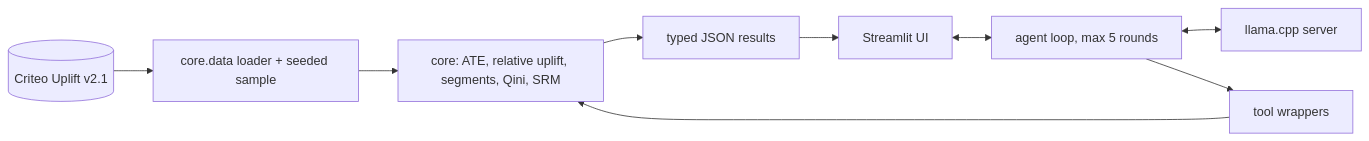
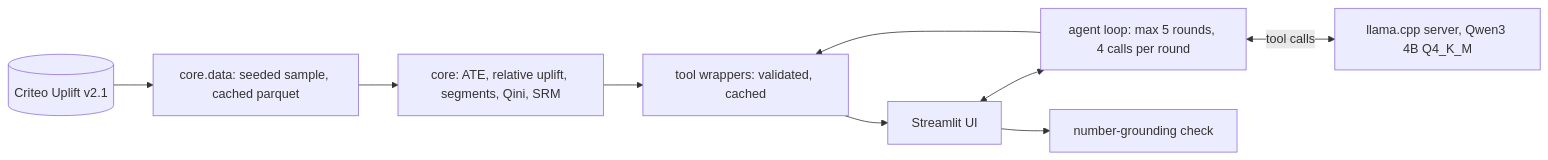
One commit to dbechrakis/uplift-analyzer changed the first of 2 diagrams in README.md. Above: the diagram before and after it, drawn with Mermaid. The commit also changed other lines of this file and 5 other files, not shown here.

````diff
--- a/README.md
+++ b/README.md
@@ -11,9 +40,11 @@
 ```mermaid
 flowchart LR
-    D[(Criteo Uplift v2.1)] --> L[core.data loader + seeded sample]
+    D[(Criteo Uplift v2.1)] --> L[core.data: seeded sample, cached parquet]
     L --> C[core: ATE, relative uplift, segments, Qini, SRM]
-    C --> R[typed JSON results]
-    R --> UI[Streamlit UI]
-    UI <--> A[agent loop, max 5 rounds] <--> M[llama.cpp server]
-    A --> T[tool wrappers] --> C
+    C --> T[tool wrappers: validated, cached]
+    T --> UI[Streamlit UI]
+    UI <--> A[agent loop: max 5 rounds, 4 calls per round]
+    A <-->|tool calls| M[llama.cpp server, Qwen3 4B Q4_K_M]
+    A --> T
+    UI --> G[number-grounding check]
 ```
````
